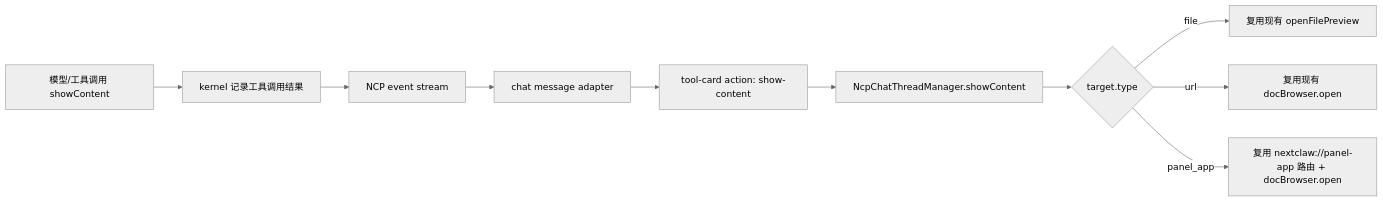
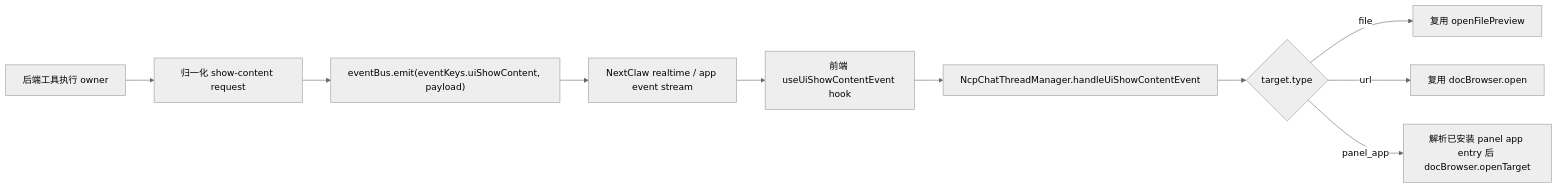
Before and after one commit to Peiiii/nextclaw: the first of 2 diagrams in docs/designs/2026-06-09-chat-ui-show-content.design.md, drawn with Mermaid (neutral theme). The commit also changed other lines of this file and 14 other files, not shown here.

Commit message:
Add realtime show content event

````diff
--- a/docs/designs/2026-06-09-chat-ui-show-content.design.md
+++ b/docs/designs/2026-06-09-chat-ui-show-content.design.md
@@ -94,12 +94,12 @@
 ```mermaid
 flowchart LR
-  A["模型/工具调用 showContent"] --> B["kernel 记录工具调用结果"]
-  B --> C["NCP event stream"]
-  C --> D["chat message adapter"]
-  D --> E["tool-card action: show-content"]
-  E --> F["NcpChatThreadManager.showContent"]
+  A["后端工具执行 owner"] --> B["归一化 show-content request"]
+  B --> C["eventBus.emit(eventKeys.uiShowContent, payload)"]
+  C --> D["NextClaw realtime / app event stream"]
+  D --> E["前端 useUiShowContentEvent hook"]
+  E --> F["NcpChatThreadManager.handleUiShowContentEvent"]
   F --> G{"target.type"}
-  G -->|file| H["复用现有 openFilePreview"]
-  G -->|url| I["复用现有 docBrowser.open"]
-  G -->|panel_app| J["复用 nextclaw://panel-app 路由 + docBrowser.open"]
+  G -->|file| H["复用 openFilePreview"]
+  G -->|url| I["复用 docBrowser.open"]
+  G -->|panel_app| J["解析已安装 panel app entry 后 docBrowser.openTarget"]
 ```
````
